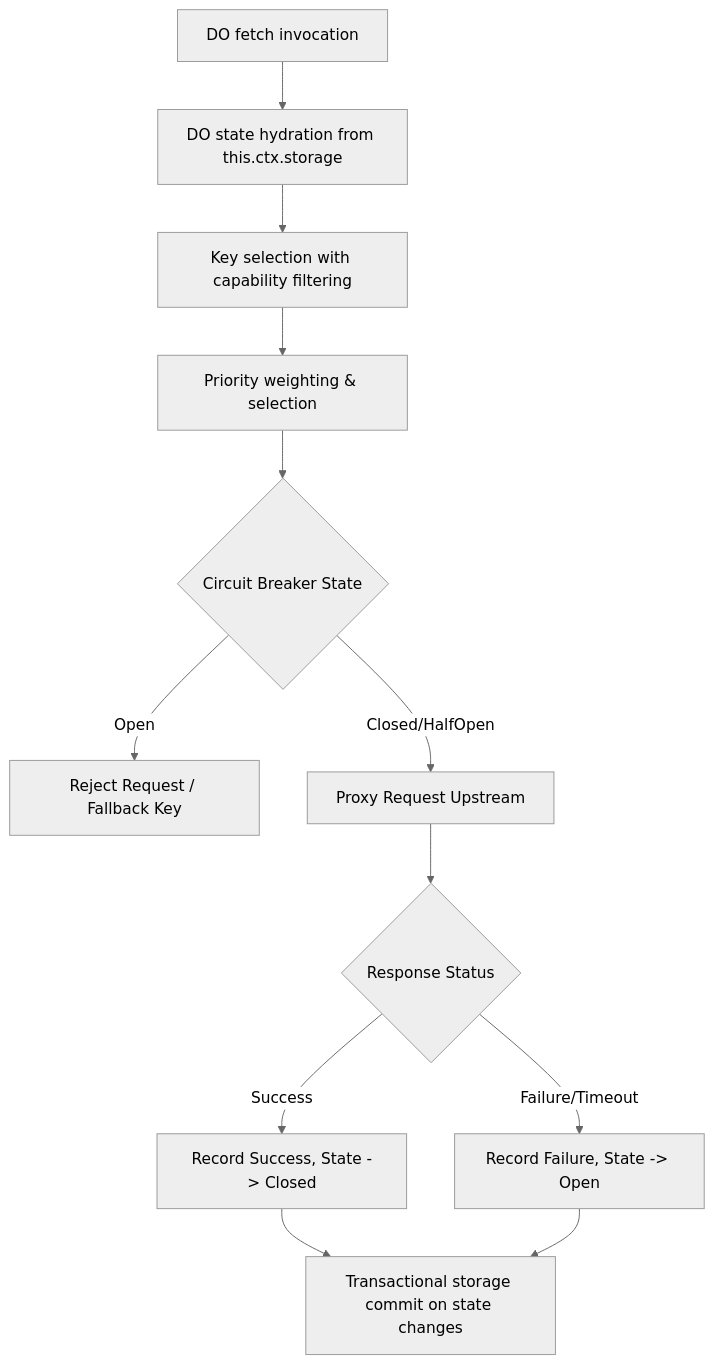
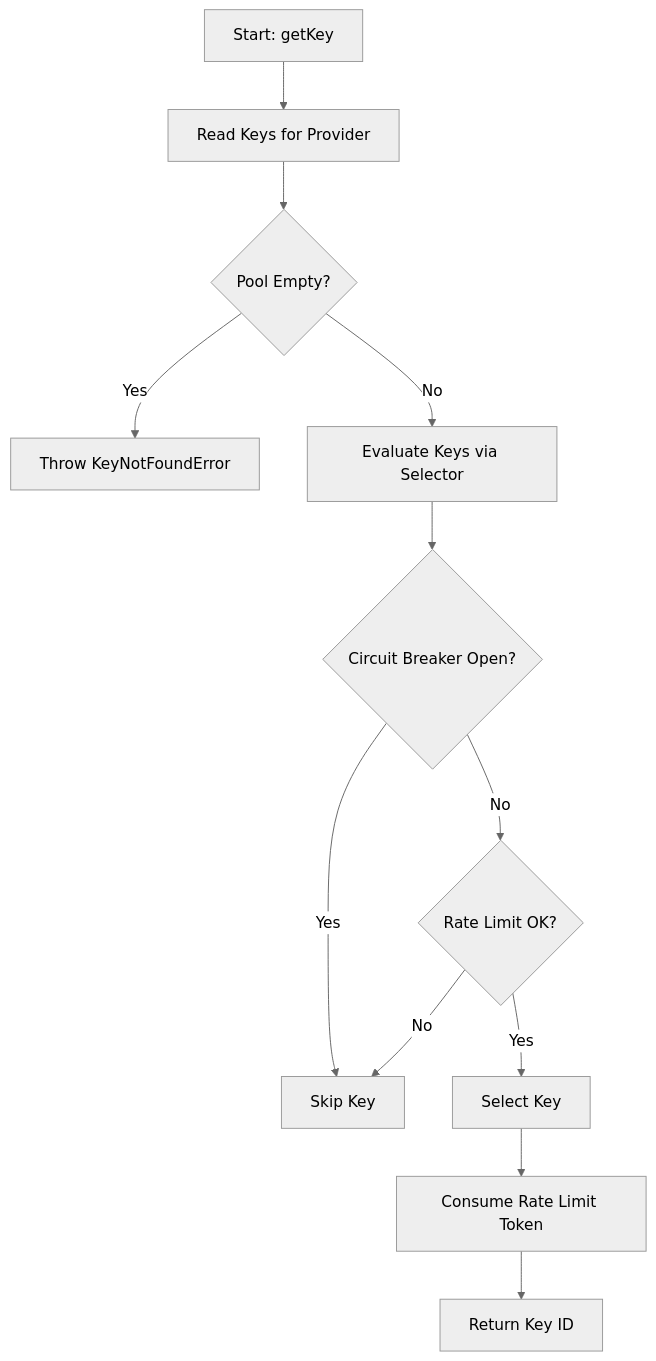
The second of 3 diagrams in docs/codeflow/durable_object_key_pool_cfg.md (Axe-08/Key-Collective), drawn with Mermaid (neutral theme) before and after one commit. The commit also changed other lines of this file and 18 other files, not shown here.

````diff
--- a/docs/codeflow/durable_object_key_pool_cfg.md
+++ b/docs/codeflow/durable_object_key_pool_cfg.md
@@ -48,14 +53,14 @@
 ```mermaid
 flowchart TD
-    A[DO fetch invocation] --> B[DO state hydration from this.ctx.storage]
-    B --> C[Key selection with capability filtering]
-    C --> D[Priority weighting & selection]
-    D --> E{Circuit Breaker State}
-    E -- Open --> F[Reject Request / Fallback Key]
-    E -- Closed/HalfOpen --> G[Proxy Request Upstream]
-    G --> H{Response Status}
-    H -- Success --> I[Record Success, State -> Closed]
-    H -- Failure/Timeout --> J[Record Failure, State -> Open]
-    I --> K[Transactional storage commit on state changes]
-    J --> K
+    Start[Start: getKey] --> ReadState[Read Keys for Provider]
+    ReadState --> HasKeys{Pool Empty?}
+    HasKeys -- Yes --> ThrowEmpty[Throw KeyNotFoundError]
+    HasKeys -- No --> IterateKeys[Evaluate Keys via Selector]
+    IterateKeys --> CheckCB{Circuit Breaker Open?}
+    CheckCB -- Yes --> SkipKey[Skip Key]
+    CheckCB -- No --> CheckRate{Rate Limit OK?}
+    CheckRate -- No --> SkipKey
+    CheckRate -- Yes --> SelectKey[Select Key]
+    SelectKey --> IncrementRate[Consume Rate Limit Token]
+    IncrementRate --> ReturnKey[Return Key ID]
 ```
````
